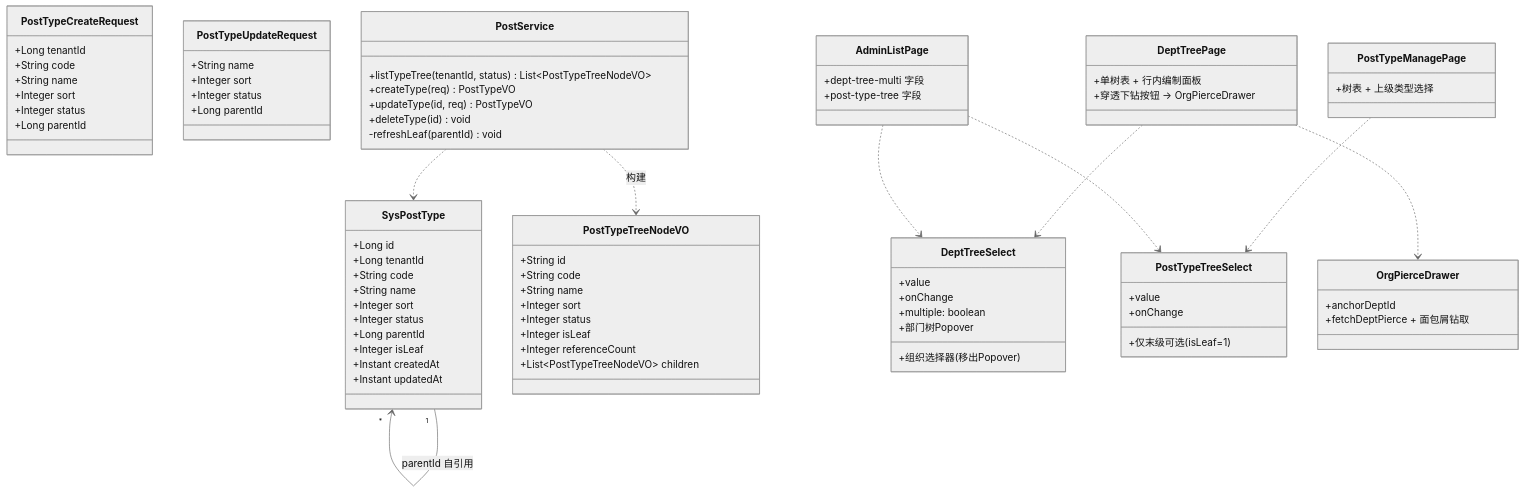
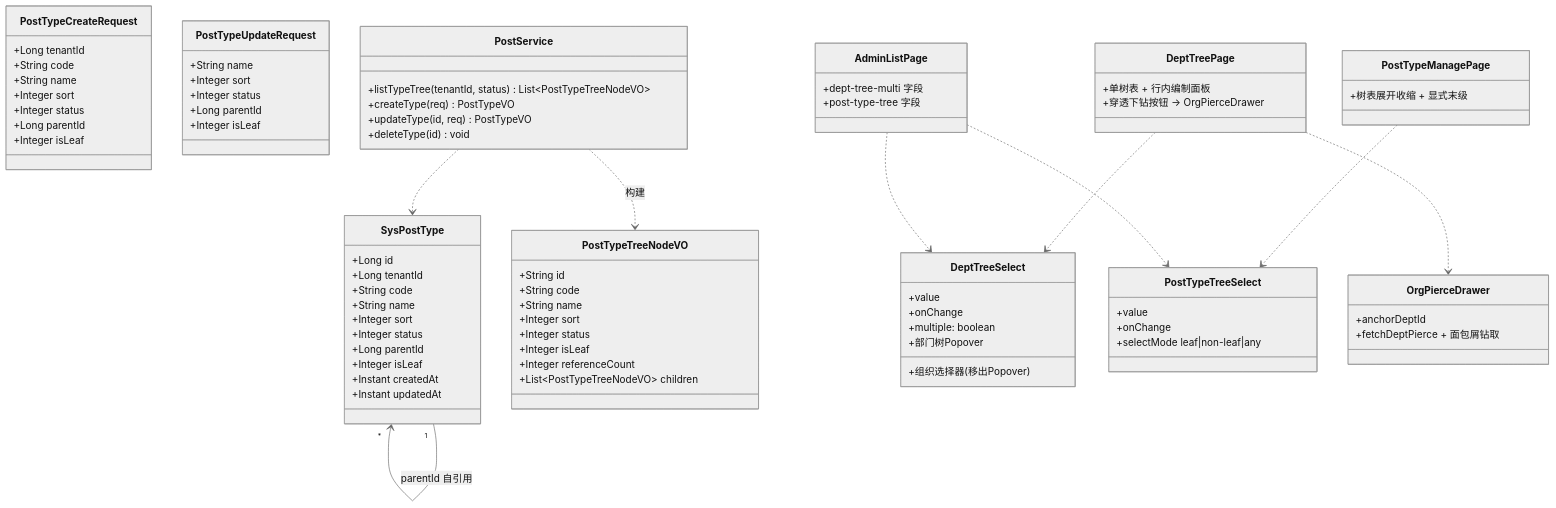
Before and after one commit to 13961588612/mis-platform: the diagram in deliverables/software-company/org-dept-post-redesign-2026-08-16.class.mermaid, drawn with Mermaid (neutral theme). The commit also changed 20 other files, not shown here.

```diff
--- a/deliverables/software-company/org-dept-post-redesign-2026-08-16.class.mermaid
+++ b/deliverables/software-company/org-dept-post-redesign-2026-08-16.class.mermaid
@@ -1,82 +1,83 @@
 classDiagram
   %% 后端实体/VO
   class SysPostType {
     +Long id
     +Long tenantId
     +String code
     +String name
     +Integer sort
     +Integer status
     +Long parentId
     +Integer isLeaf
     +Instant createdAt
     +Instant updatedAt
   }
   class PostTypeTreeNodeVO {
     +String id
     +String code
     +String name
     +Integer sort
     +Integer status
     +Integer isLeaf
     +Integer referenceCount
     +List~PostTypeTreeNodeVO~ children
   }
   class PostTypeCreateRequest {
     +Long tenantId
     +String code
     +String name
     +Integer sort
     +Integer status
     +Long parentId
+    +Integer isLeaf
   }
   class PostTypeUpdateRequest {
     +String name
     +Integer sort
     +Integer status
     +Long parentId
+    +Integer isLeaf
   }
   class PostService {
     +listTypeTree(tenantId, status) List~PostTypeTreeNodeVO~
     +createType(req) PostTypeVO
     +updateType(id, req) PostTypeVO
     +deleteType(id) void
-    -refreshLeaf(parentId) void
   }
   SysPostType "1" --> "*" SysPostType : parentId 自引用
   PostService ..> SysPostType
   PostService ..> PostTypeTreeNodeVO : 构建
 
   %% 前端组件
   class DeptTreeSelect {
     +value
     +onChange
     +multiple: boolean
     +组织选择器(移出Popover)
     +部门树Popover
   }
   class PostTypeTreeSelect {
     +value
     +onChange
-    +仅末级可选(isLeaf=1)
+    +selectMode leaf|non-leaf|any
   }
   class OrgPierceDrawer {
     +anchorDeptId
     +fetchDeptPierce + 面包屑钻取
   }
   class DeptTreePage {
     +单树表 + 行内编制面板
     +穿透下钻按钮 -> OrgPierceDrawer
   }
   class PostTypeManagePage {
-    +树表 + 上级类型选择
+    +树表展开收缩 + 显式末级
   }
   class AdminListPage {
     +dept-tree-multi 字段
     +post-type-tree 字段
   }
   DeptTreePage ..> DeptTreeSelect
   DeptTreePage ..> OrgPierceDrawer
   PostTypeManagePage ..> PostTypeTreeSelect
   AdminListPage ..> PostTypeTreeSelect
   AdminListPage ..> DeptTreeSelect
```
